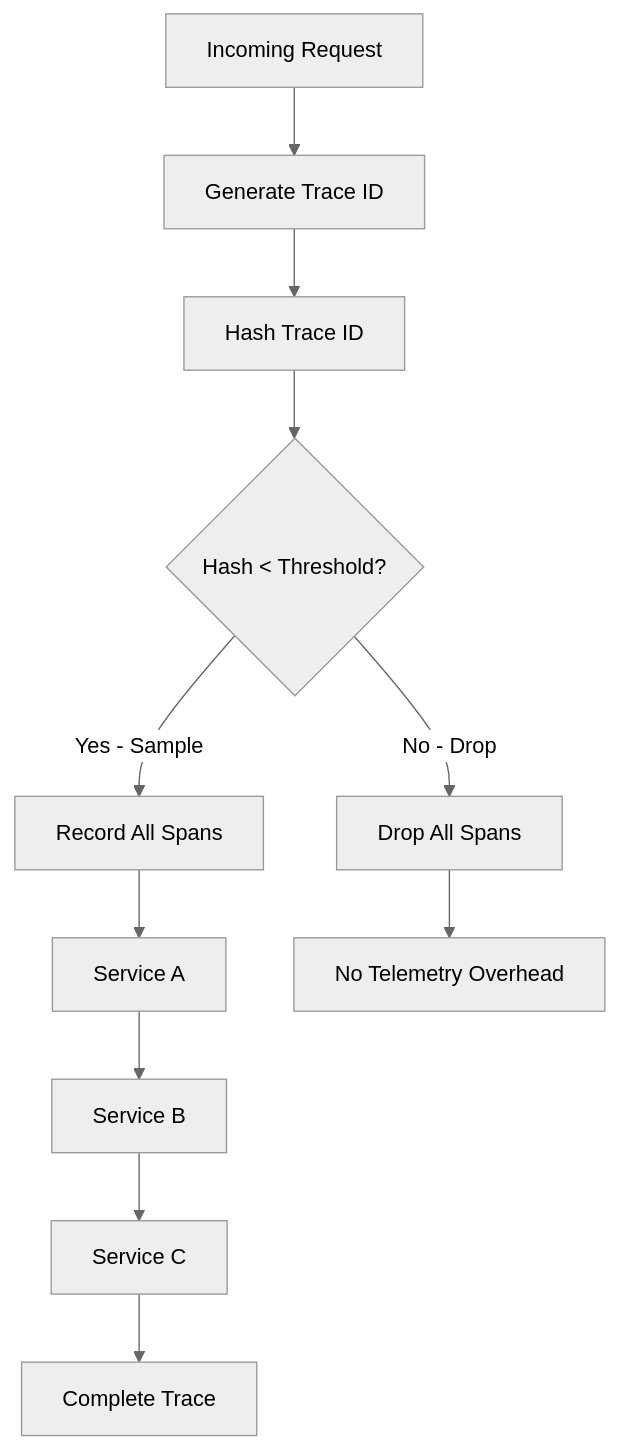
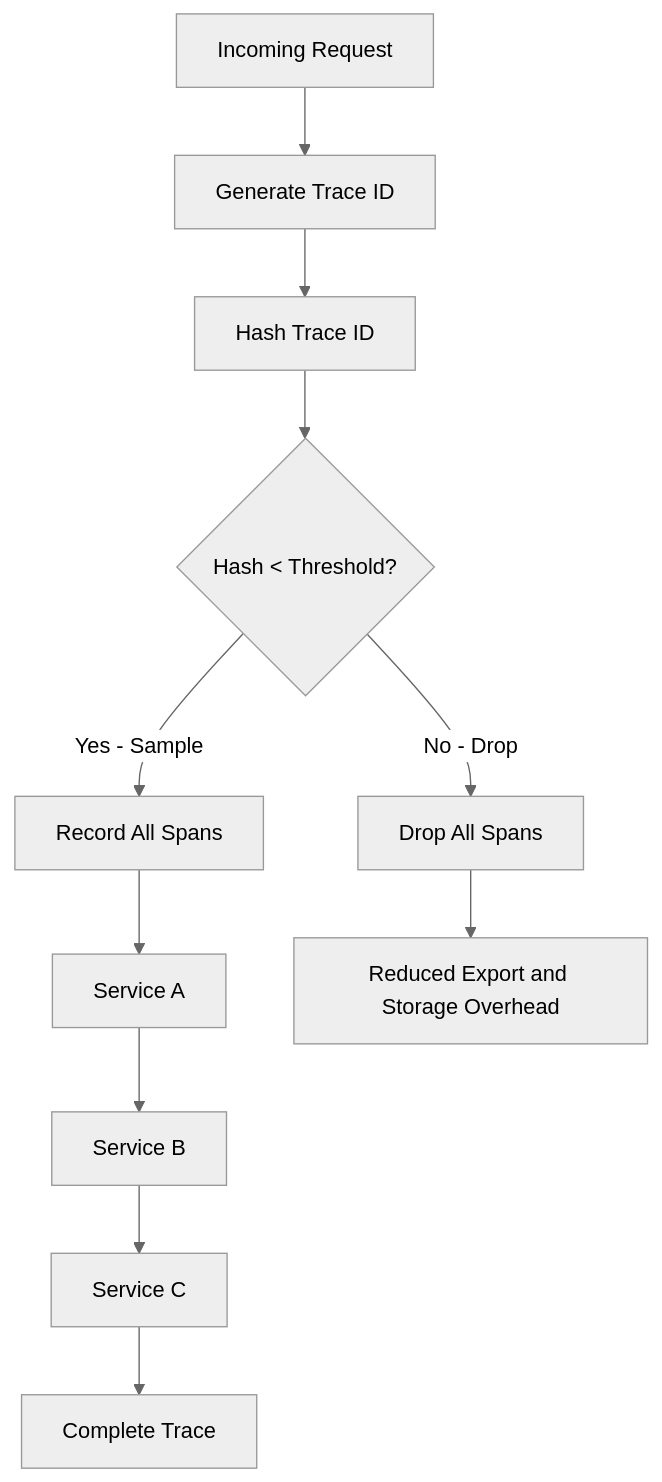
The diagram in posts/2026-02-06-consistent-probability-sampling-predictable-overhead/README.md (OneUptime/blog), drawn with Mermaid (neutral theme) before and after one commit. The commit also changed other lines of this file and 2 other files, not shown here.

Commit message:
validate: 2026-02-06-consistent-probability-sampling-predictable-overhead

````diff
--- a/posts/2026-02-06-consistent-probability-sampling-predictable-overhead/README.md
+++ b/posts/2026-02-06-consistent-probability-sampling-predictable-overhead/README.md
@@ -22,13 +22,13 @@
 ```mermaid
 graph TD
     A[Incoming Request] --> B[Generate Trace ID]
     B --> C[Hash Trace ID]
     C --> D{Hash < Threshold?}
     D -->|Yes - Sample| E[Record All Spans]
     D -->|No - Drop| F[Drop All Spans]
     E --> G[Service A]
     G --> H[Service B]
     H --> I[Service C]
     I --> J[Complete Trace]
-    F --> K[No Telemetry Overhead]
+    F --> K[Reduced Export and Storage Overhead]
 ```
````
